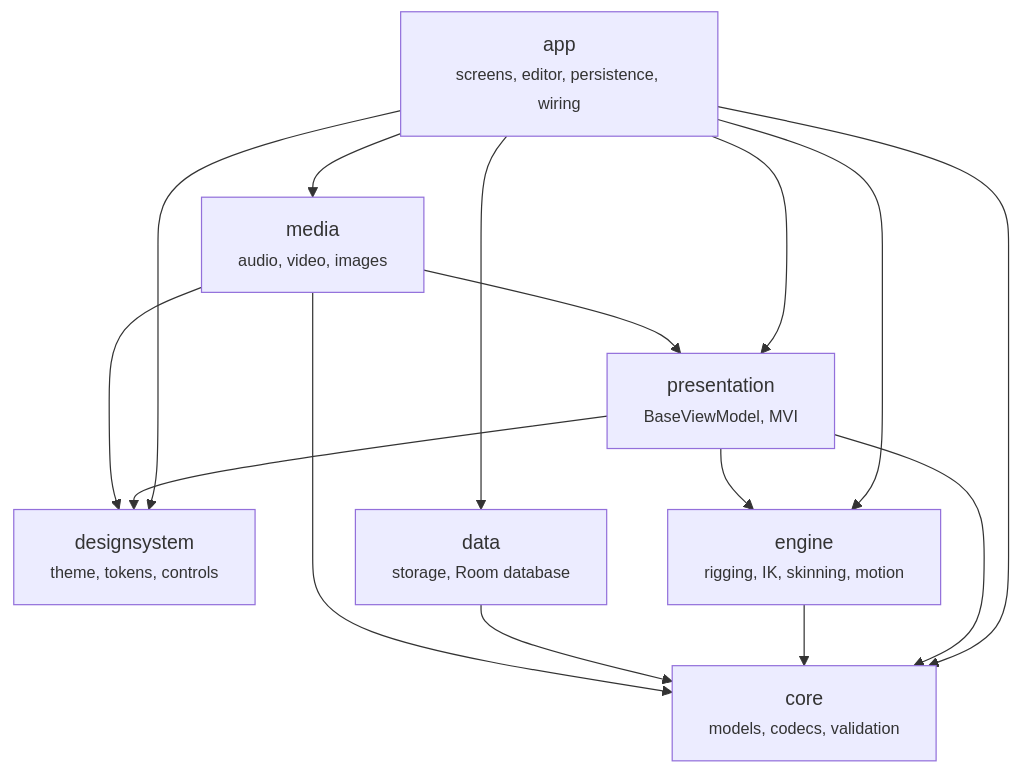
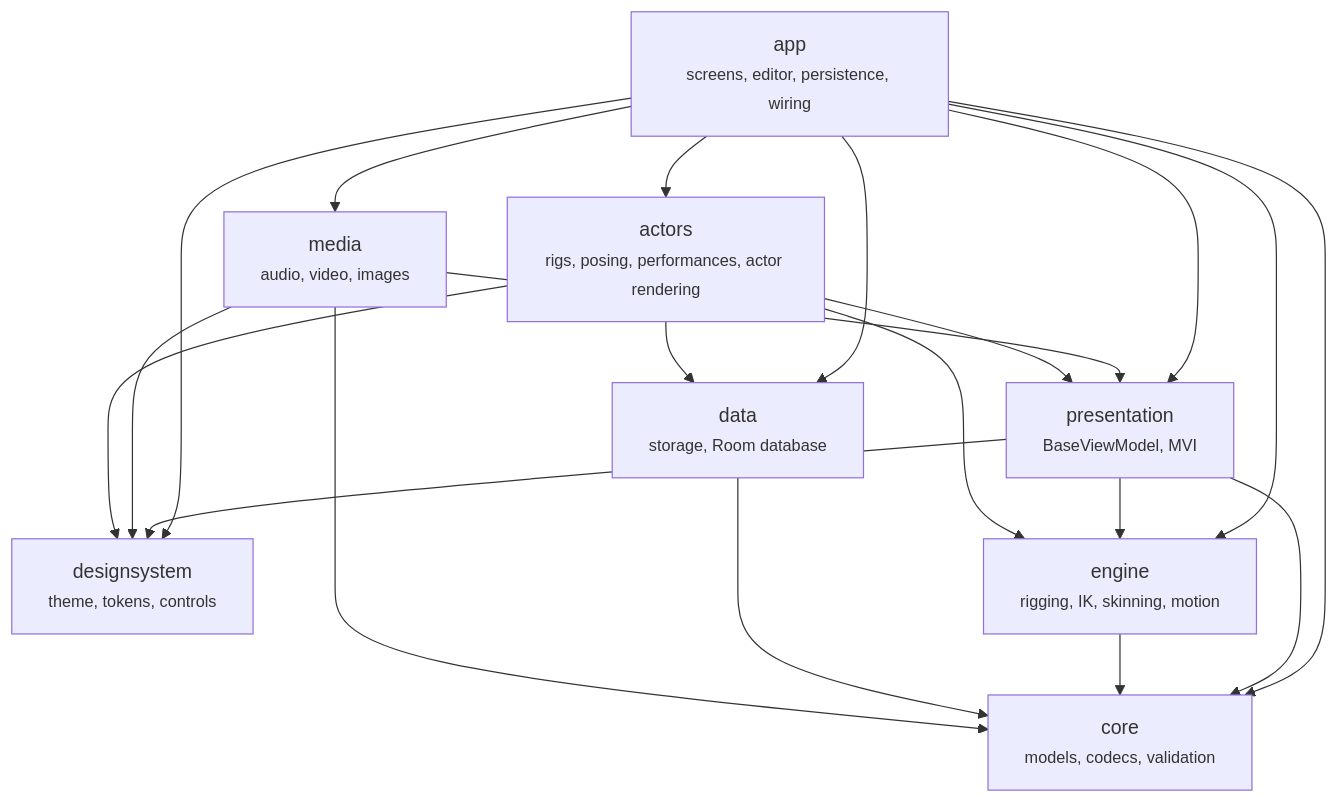
The first of 5 diagrams in docs/architecture/README.md (DonnC/kinetiframe), drawn with Mermaid before and after one commit. The commit also changed other lines of this file and 183 other files, not shown here.

````diff
--- a/docs/architecture/README.md
+++ b/docs/architecture/README.md
@@ -9,25 +9,31 @@
 ```mermaid
 flowchart TD
     app["app<br/><small>screens, editor, persistence, wiring</small>"]
     presentation["presentation<br/><small>BaseViewModel, MVI</small>"]
     designsystem["designsystem<br/><small>theme, tokens, controls</small>"]
     engine["engine<br/><small>rigging, IK, skinning, motion</small>"]
     data["data<br/><small>storage, Room database</small>"]
     media["media<br/><small>audio, video, images</small>"]
+    actors["actors<br/><small>rigs, posing, performances, actor rendering</small>"]
     core["core<br/><small>models, codecs, validation</small>"]
 
     app --> presentation
     app --> designsystem
     app --> engine
     app --> data
     app --> media
+    app --> actors
     app --> core
     presentation --> designsystem
     presentation --> engine
     presentation --> core
     engine --> core
     data --> core
     media --> presentation
     media --> designsystem
     media --> core
+    actors --> engine
+    actors --> data
+    actors --> presentation
+    actors --> designsystem
 ```
````
